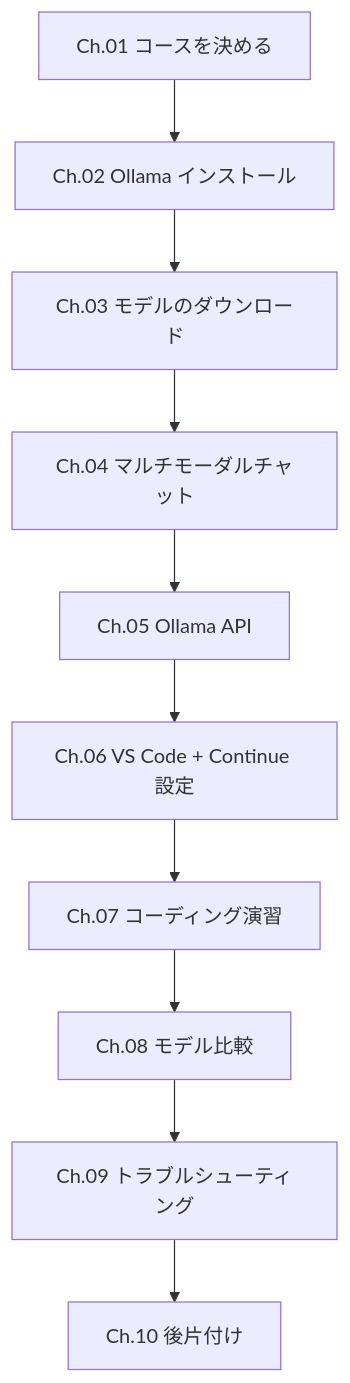
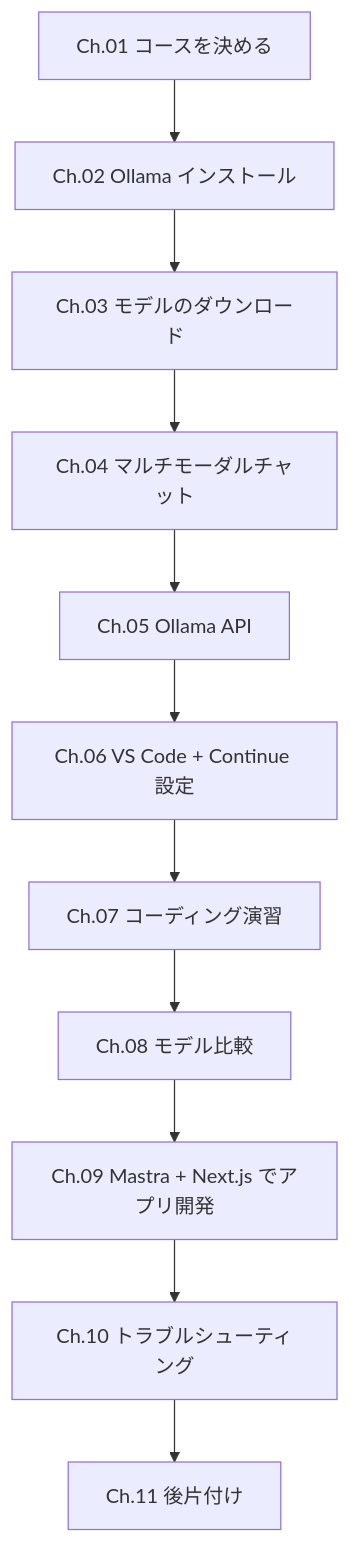
The first of 2 diagrams in books/mac-local-llm-hands-on/00_intro.md (tkhashi/zenn-books), drawn with Mermaid before and after one commit. The commit also changed other lines of this file and 5 other files, not shown here.

First line of the commit message:
Add Ch.09 Mastra+Next.js app, verified against tkhashi/mac-local-llm-mastra-sample

````diff
--- a/books/mac-local-llm-hands-on/00_intro.md
+++ b/books/mac-local-llm-hands-on/00_intro.md
@@ -25,12 +26,13 @@
 ```mermaid
 flowchart TD
     A[Ch.01 コースを決める] --> B[Ch.02 Ollama インストール]
     B --> C[Ch.03 モデルのダウンロード]
     C --> D[Ch.04 マルチモーダルチャット]
     D --> E[Ch.05 Ollama API]
     E --> F[Ch.06 VS Code + Continue 設定]
     F --> G[Ch.07 コーディング演習]
     G --> H[Ch.08 モデル比較]
-    H --> I[Ch.09 トラブルシューティング]
-    I --> J[Ch.10 後片付け]
+    H --> I[Ch.09 Mastra + Next.js でアプリ開発]
+    I --> J[Ch.10 トラブルシューティング]
+    J --> K[Ch.11 後片付け]
 ```
````
